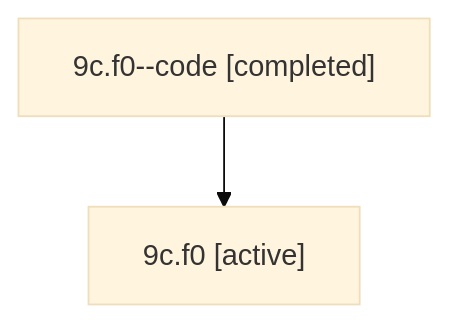
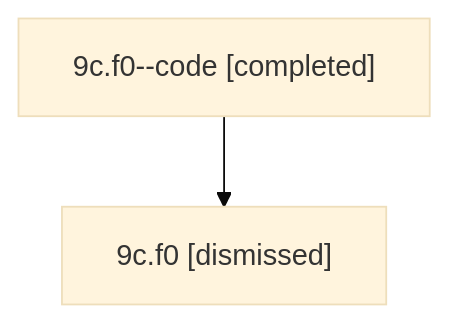
The diagram in sessions/bbugyi200.athena.9c.f0.md (sase-org/sase--agents), drawn with Mermaid (base theme) before and after one commit. The commit also changed other lines of this file and 15 other files, not shown here.

````diff
--- a/sessions/bbugyi200.athena.9c.f0.md
+++ b/sessions/bbugyi200.athena.9c.f0.md
@@ -9,6 +9,6 @@
 ```mermaid
 flowchart TD
   n0["9c.f0--code [completed]"]
-  n1["9c.f0 [active]"]
+  n1["9c.f0 [dismissed]"]
   n0 --> n1
 ```
````
